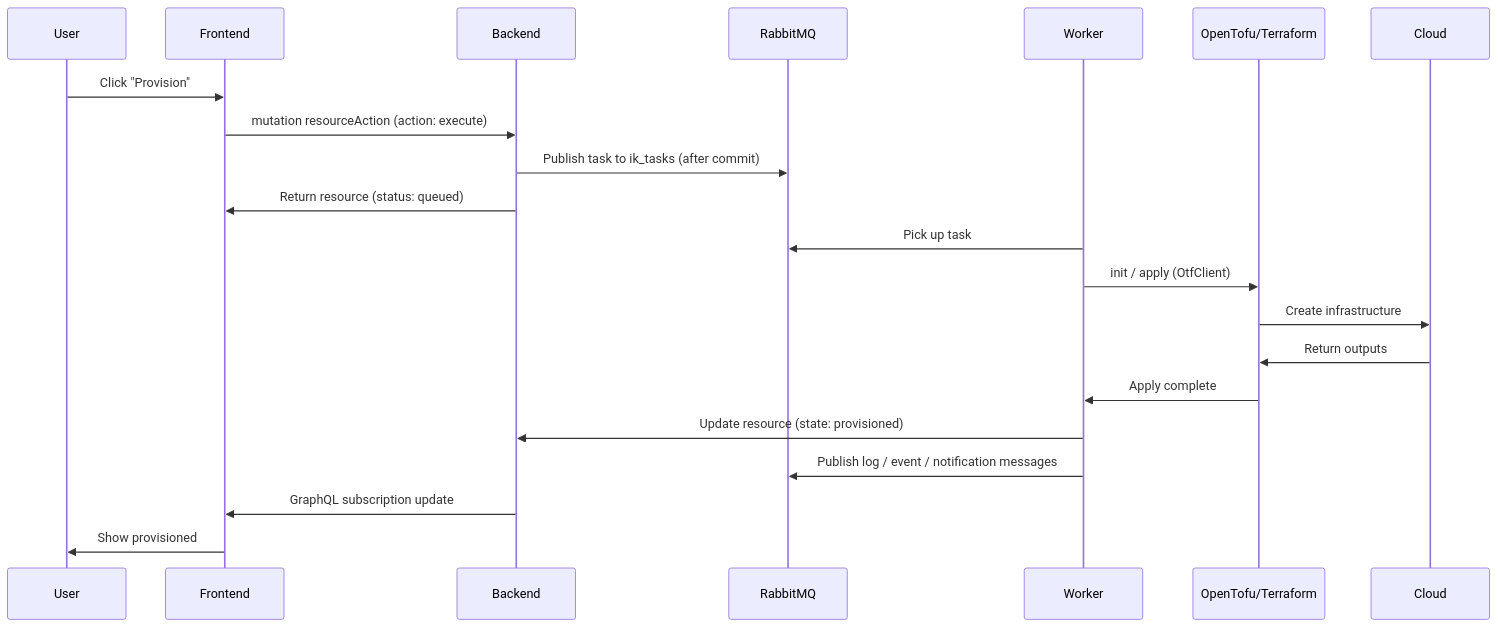
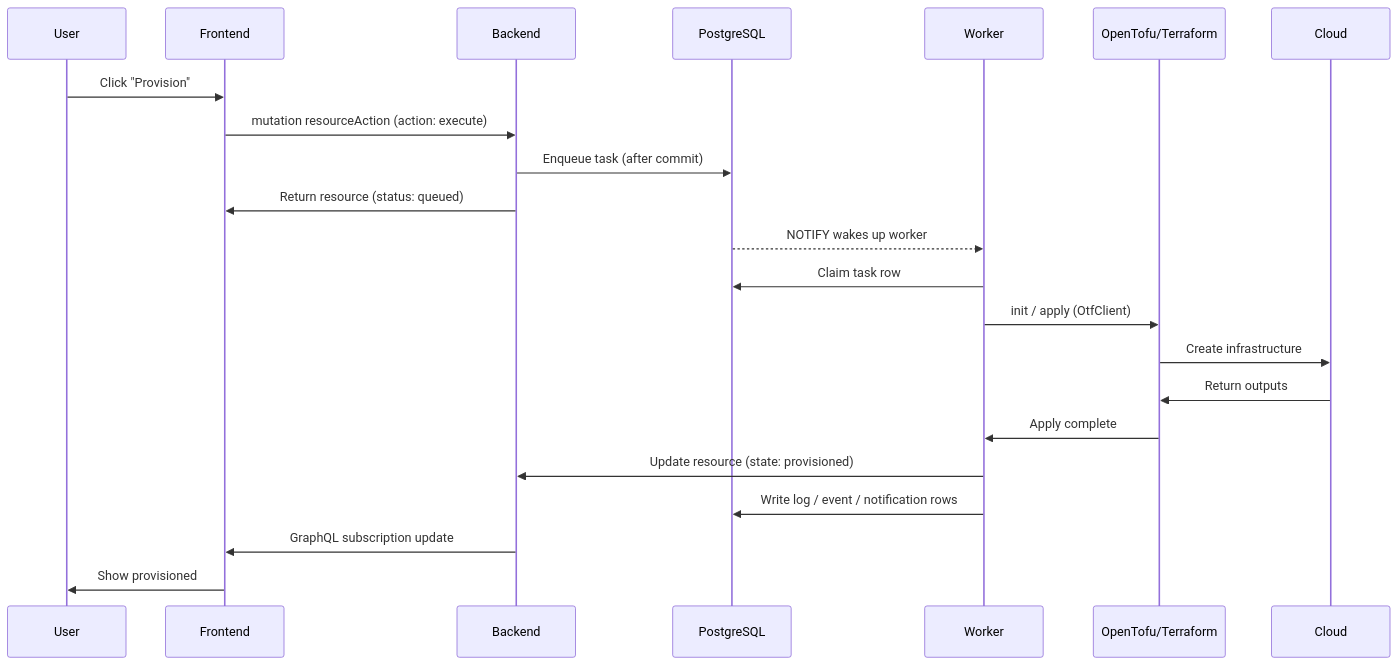
One commit to electrolux-oss/infrakitchen changed the third of 5 diagrams in docs/architecture.mdx. Above: the diagram before and after it, drawn with Mermaid. The commit also changed other lines of this file and 4 other files, not shown here.

````diff
--- a/docs/architecture.mdx
+++ b/docs/architecture.mdx
@@ -86,30 +84,31 @@
 ```mermaid
 ---
 config:
   themeVariables:
     fontFamily: "ui-sans-serif, system-ui, sans-serif"
 ---
 sequenceDiagram
     participant User
     participant Frontend
     participant Backend
-    participant RabbitMQ
+    participant Database as PostgreSQL
     participant Worker
     participant IaC as OpenTofu/Terraform
     participant Cloud
 
     User->>Frontend: Click "Provision"
     Frontend->>Backend: mutation resourceAction (action: execute)
-    Backend->>RabbitMQ: Publish task to ik_tasks (after commit)
+    Backend->>Database: Enqueue task (after commit)
     Backend->>Frontend: Return resource (status: queued)
 
-    Worker->>RabbitMQ: Pick up task
+    Database-->>Worker: NOTIFY wakes up worker
+    Worker->>Database: Claim task row
     Worker->>IaC: init / apply (OtfClient)
     IaC->>Cloud: Create infrastructure
     Cloud->>IaC: Return outputs
     IaC->>Worker: Apply complete
     Worker->>Backend: Update resource (state: provisioned)
-    Worker->>RabbitMQ: Publish log / event / notification messages
+    Worker->>Database: Write log / event / notification rows
     Backend->>Frontend: GraphQL subscription update
     Frontend->>User: Show provisioned
 ```
````
